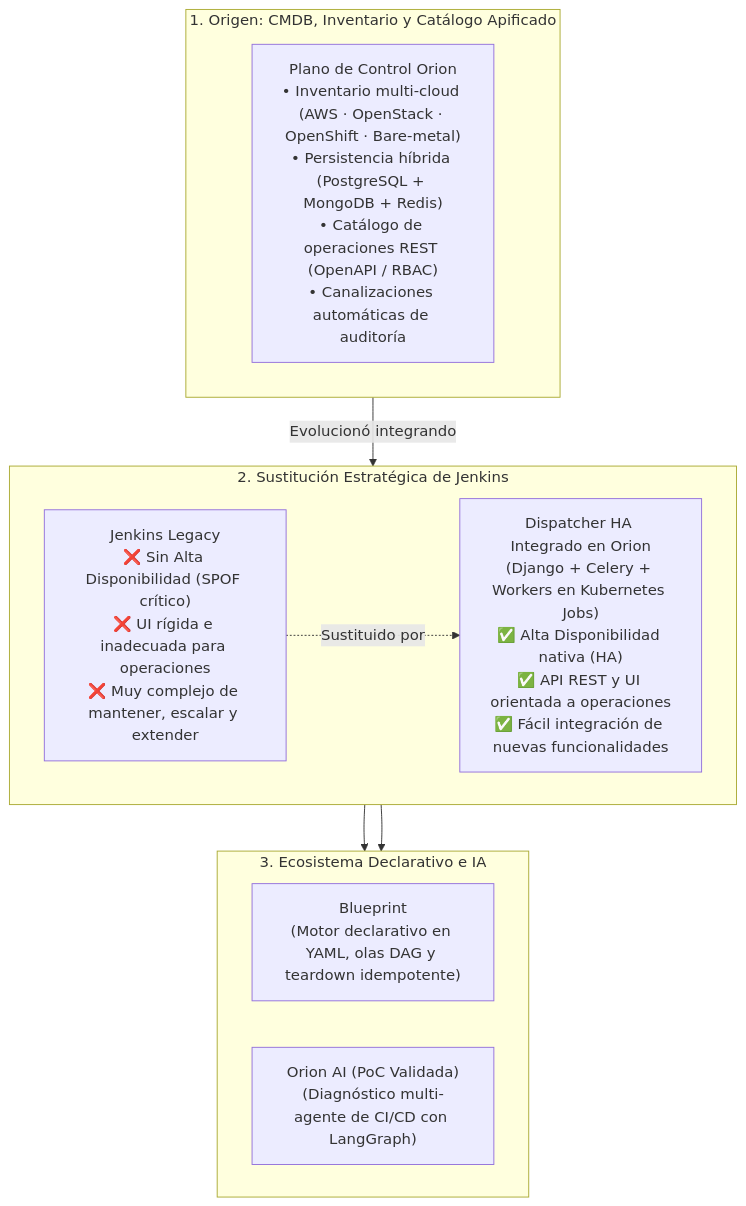
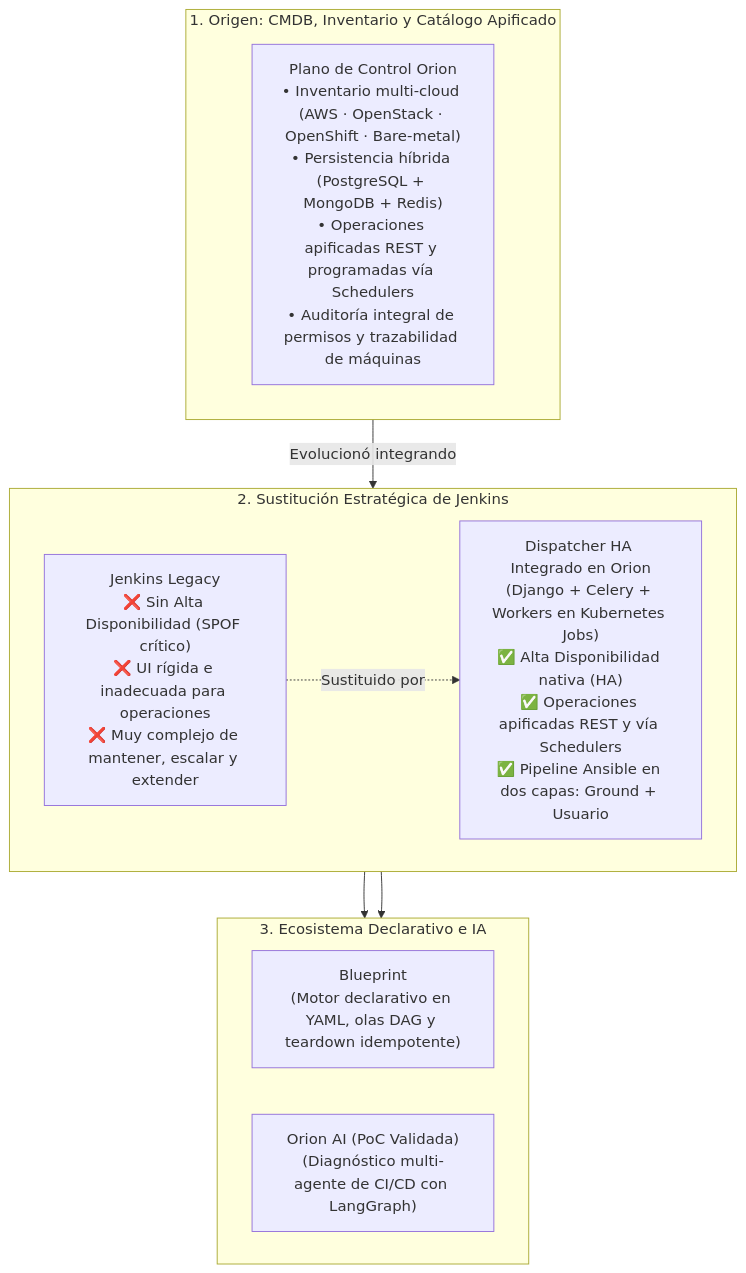
The first of 2 diagrams in docs_es/projects/orion-iaas.md (oredondo/oredondo.github.io), drawn with Mermaid before and after one commit. The commit also changed other lines of this file and 1 other file, not shown here.

Commit message:
refactor(orion-iaas): highlight platform auditability, layered Ansible ground/user pipeline, api & scheduler automation, and remove f5 bridge

````diff
--- a/docs_es/projects/orion-iaas.md
+++ b/docs_es/projects/orion-iaas.md
@@ -26,21 +26,21 @@
 ```mermaid
 flowchart TD
     subgraph Origen["1. Origen: CMDB, Inventario y Catálogo Apificado"]
         direction TB
-        CMDB["Plano de Control Orion<br/>• Inventario multi-cloud (AWS · OpenStack · OpenShift · Bare-metal)<br/>• Persistencia híbrida (PostgreSQL + MongoDB + Redis)<br/>• Catálogo de operaciones REST (OpenAPI / RBAC)<br/>• Canalizaciones automáticas de auditoría"]
+        CMDB["Plano de Control Orion<br/>• Inventario multi-cloud (AWS · OpenStack · OpenShift · Bare-metal)<br/>• Persistencia híbrida (PostgreSQL + MongoDB + Redis)<br/>• Operaciones apificadas REST y programadas vía Schedulers<br/>• Auditoría integral de permisos y trazabilidad de máquinas"]
     end
 
     subgraph Sustitucion["2. Sustitución Estratégica de Jenkins"]
         direction LR
-        JNK["Jenkins Legacy<br/>❌ Sin Alta Disponibilidad (SPOF crítico)<br/>❌ UI rígida e inadecuada para operaciones<br/>❌ Muy complejo de mantener, escalar y extender"] -.->|"Sustituido por"| DISP["Dispatcher HA Integrado en Orion<br/>(Django + Celery + Workers en Kubernetes Jobs)<br/>✅ Alta Disponibilidad nativa (HA)<br/>✅ API REST y UI orientada a operaciones<br/>✅ Fácil integración de nuevas funcionalidades"]
+        JNK["Jenkins Legacy<br/>❌ Sin Alta Disponibilidad (SPOF crítico)<br/>❌ UI rígida e inadecuada para operaciones<br/>❌ Muy complejo de mantener, escalar y extender"] -.->|"Sustituido por"| DISP["Dispatcher HA Integrado en Orion<br/>(Django + Celery + Workers en Kubernetes Jobs)<br/>✅ Alta Disponibilidad nativa (HA)<br/>✅ Operaciones apificadas REST y vía Schedulers<br/>✅ Pipeline Ansible en dos capas: Ground + Usuario"]
     end
 
     subgraph Expansion["3. Ecosistema Declarativo e IA"]
         direction LR
         BP["Blueprint<br/>(Motor declarativo en YAML, olas DAG y teardown idempotente)"]
         AI["Orion AI (PoC Validada)<br/>(Diagnóstico multi-agente de CI/CD con LangGraph)"]
     end
 
     CMDB -->|"Evolucionó integrando"| DISP
     DISP --> BP & AI
 ```
````
